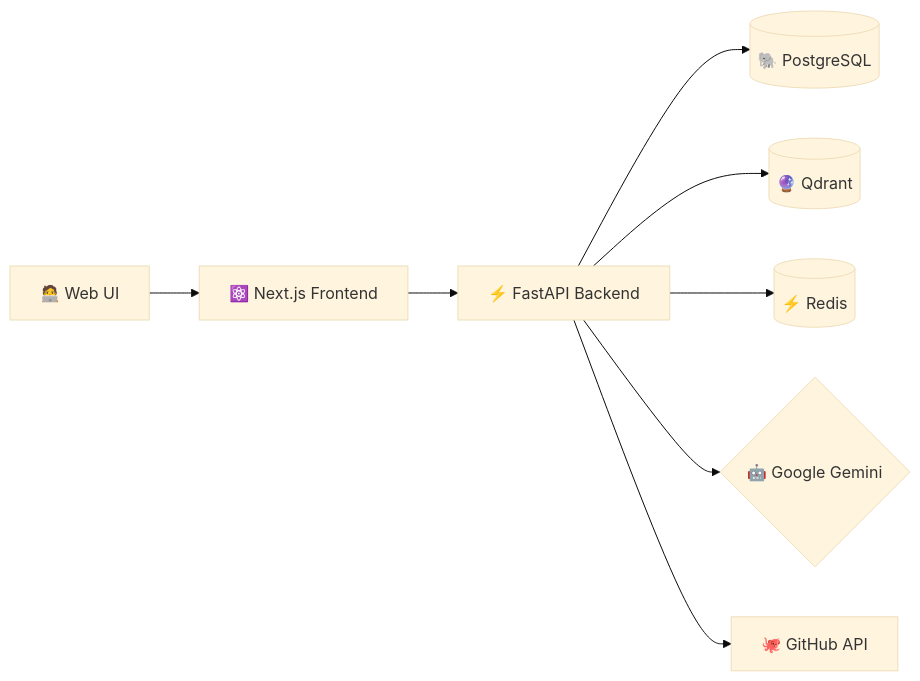
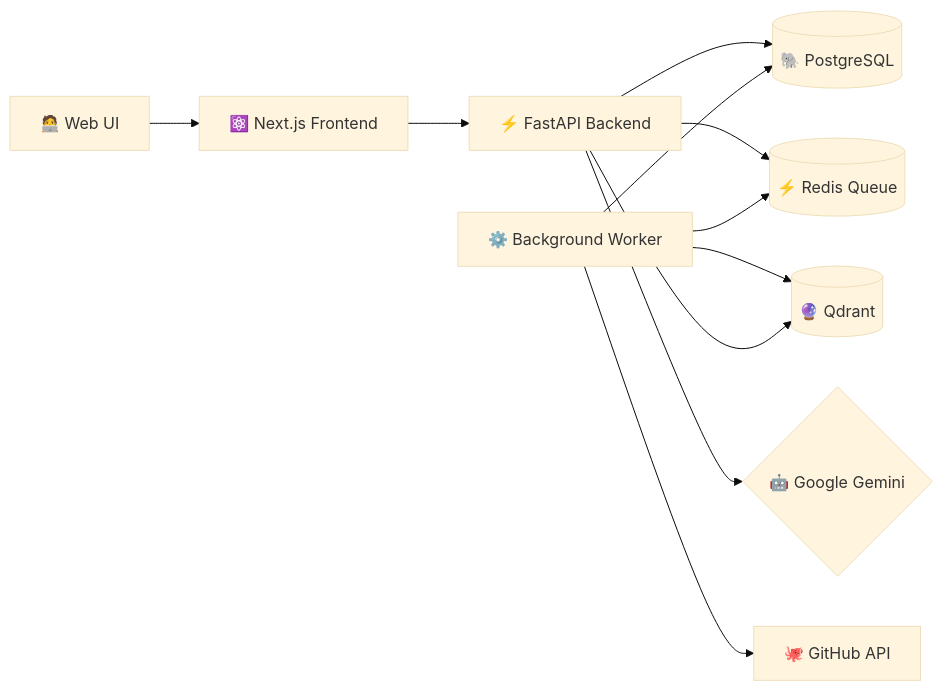
One commit to dimeneman/Repo-Pilot changed the first of 2 diagrams in README.md. Above: the diagram before and after it, drawn with Mermaid (base theme). The commit also changed other lines of this file and 16 other files, not shown here.

Commit message:
Refactor ingestion to worker-based flow

````diff
--- a/README.md
+++ b/README.md
@@ -30,10 +30,13 @@
 ```mermaid
 graph LR
     User["🧑‍💻 Web UI"] --> FE["⚛️ Next.js Frontend"]
     FE --> API["⚡ FastAPI Backend"]
     API --> PG[("🐘 PostgreSQL")]
-    API --> QD[("🔮 Qdrant")]
-    API --> Redis[("⚡ Redis")]
+    API --> Redis[("⚡ Redis Queue")]
+    Worker["⚙️ Background Worker"] --> Redis
+    Worker --> PG
+    Worker --> QD[("🔮 Qdrant")]
+    API --> QD
     API --> LLM{"🤖 Google Gemini"}
-    API --> GH["🐙 GitHub API"]
+    Worker --> GH["🐙 GitHub API"]
 ```
````
